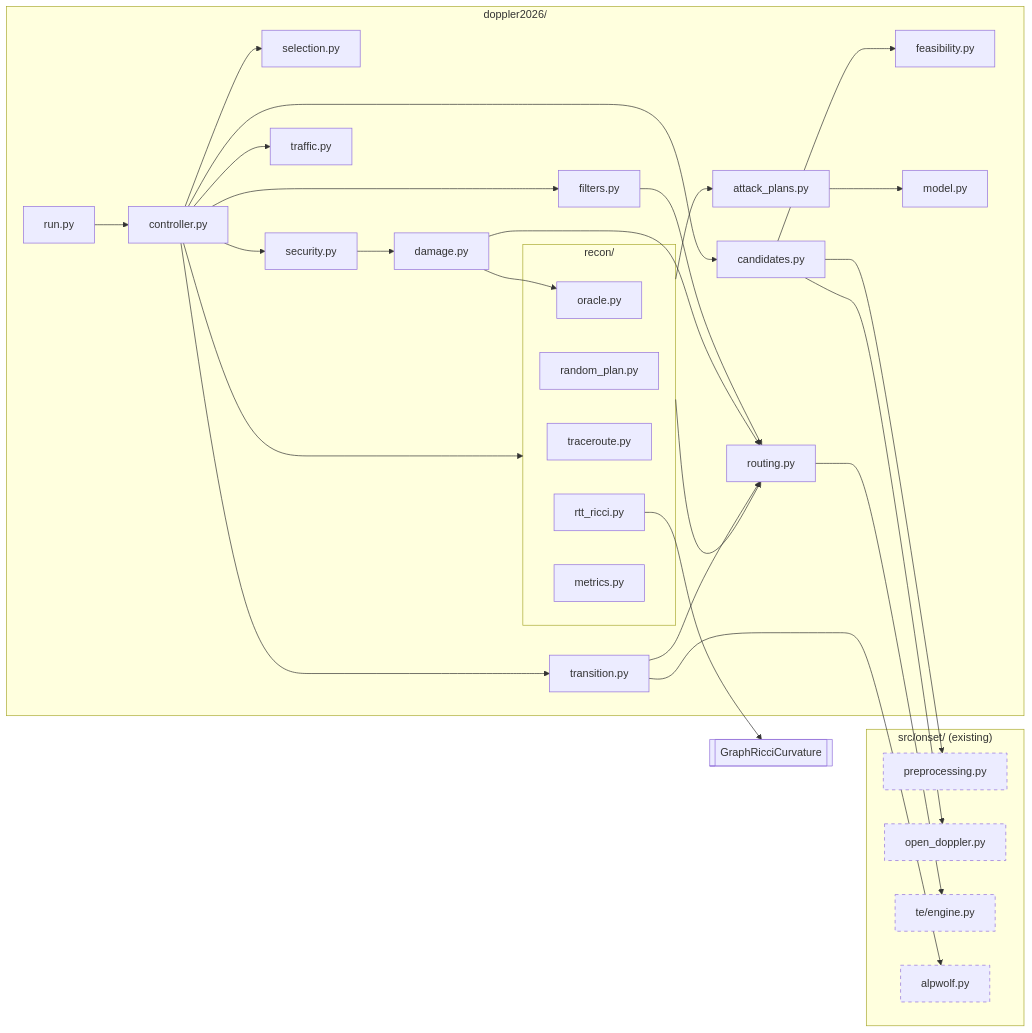
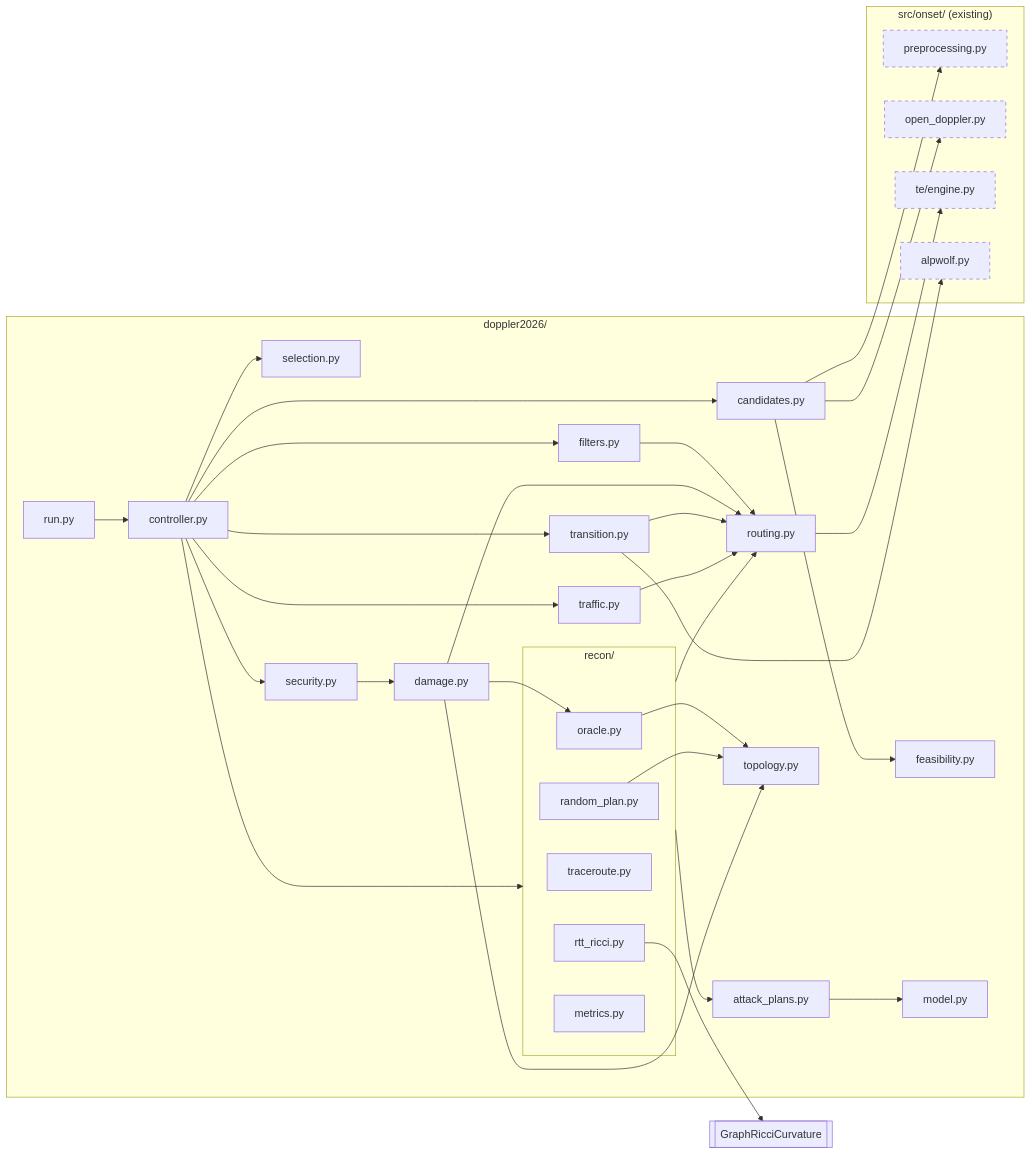
Before and after one commit to valkyorl/doppler-expansion-and-testing: the diagram in doppler2026/docs/diagrams/modules.md, drawn with Mermaid. The commit also changed 22 other files, not shown here.

````diff
--- a/doppler2026/docs/diagrams/modules.md
+++ b/doppler2026/docs/diagrams/modules.md
@@ -7,50 +7,53 @@
 ```mermaid
 flowchart LR
     subgraph d26["doppler2026/"]
         run["run.py"]
         controller["controller.py"]
         transition["transition.py"]
         selection["selection.py"]
         security["security.py"]
         filters["filters.py"]
         candidates["candidates.py"]
         feasibility["feasibility.py"]
         damage["damage.py"]
         plans["attack_plans.py"]
         routing["routing.py"]
         traffic["traffic.py"]
+        topo["topology.py"]
         model["model.py"]
         subgraph recon["recon/"]
             oracle["oracle.py"]
             rnd["random_plan.py"]
             tr["traceroute.py"]
             rtt["rtt_ricci.py"]
             metrics["metrics.py"]
         end
     end
 
     subgraph shared["src/onset/ (existing)"]
         pre["preprocessing.py"]
         od["open_doppler.py"]
         te["te/engine.py"]
         wolf["alpwolf.py"]
     end
 
     grc[["GraphRicciCurvature"]]
 
     run --> controller
     controller --> candidates & filters & security & selection & transition & traffic
     controller --> recon
     candidates --> feasibility & pre & od
     filters --> routing
     security --> damage
     damage --> routing & oracle
     transition --> wolf & routing
     recon --> plans & routing
     rtt --> grc
     routing --> te
+    traffic --> routing
+    oracle & rnd & damage --> topo
     plans --> model
 
     classDef existing stroke-dasharray: 5 5
     class pre,od,te,wolf existing
 ```
````
